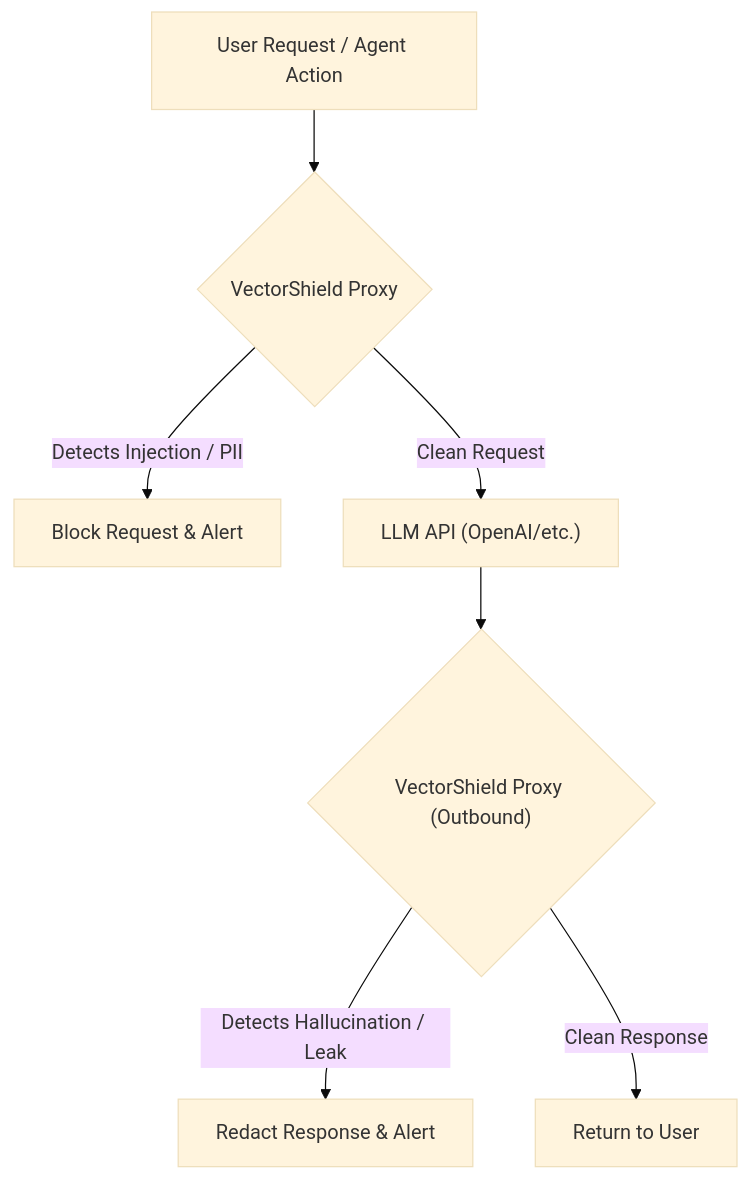
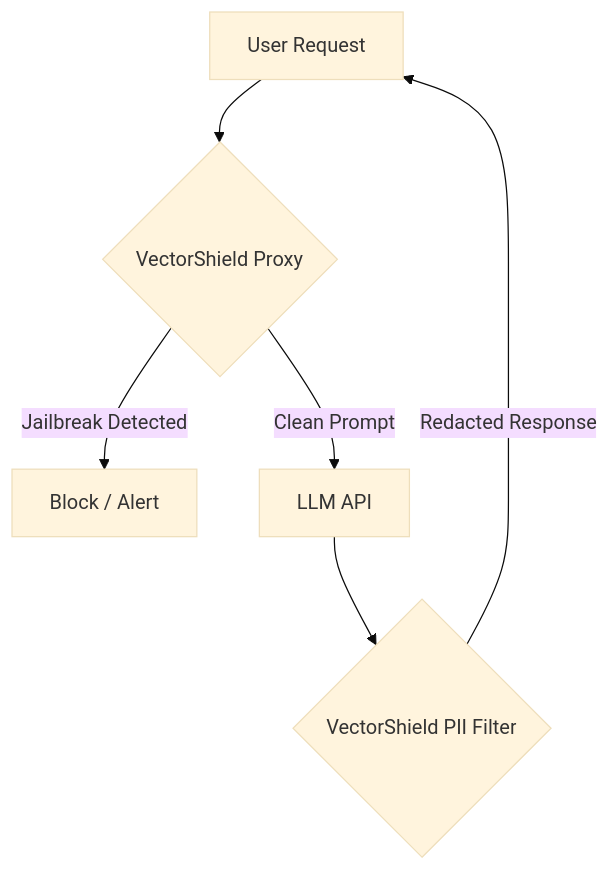
The first of 2 diagrams in ideas/vector-shield/README.md (flouzzy/top-100-ai-startup-ideas), drawn with Mermaid (base theme) before and after one commit. The commit also changed other lines of this file and 41 other files, not shown here.

````diff
--- a/ideas/vector-shield/README.md
+++ b/ideas/vector-shield/README.md
@@ -17,9 +17,9 @@
 ```mermaid
 graph TD
-    A["User Request / Agent Action"] --> B{"VectorShield Proxy"}
-    B -->|Detects Injection / PII| C["Block Request & Alert"]
-    B -->|Clean Request| D["LLM API (OpenAI/etc.)"]
-    D --> E{"VectorShield Proxy (Outbound)"}
-    E -->|Detects Hallucination / Leak| F["Redact Response & Alert"]
-    E -->|Clean Response| G["Return to User"]
+    %% Architecture
+    A["User Request"] --> B{"VectorShield Proxy"}
+    B -->|Jailbreak Detected| C["Block / Alert"]
+    B -->|Clean Prompt| D["LLM API"]
+    D --> E{"VectorShield PII Filter"}
+    E -->|Redacted Response| A
 ```
````
